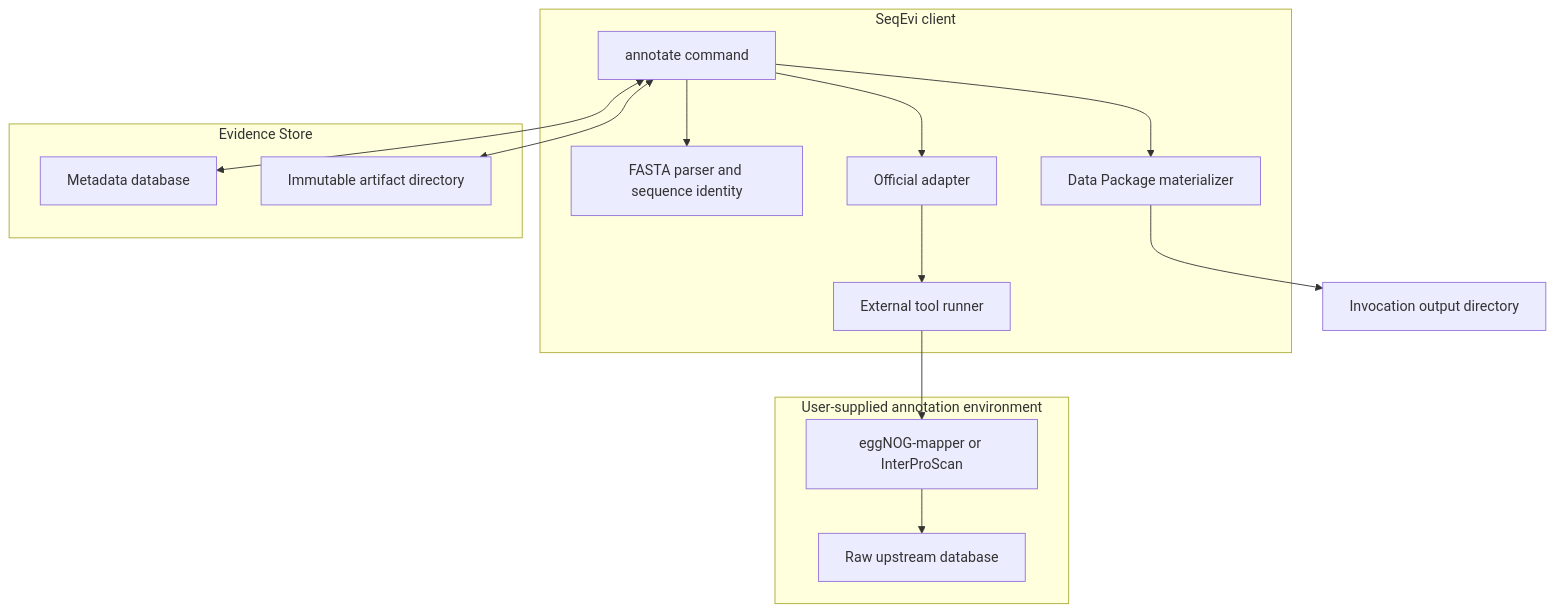
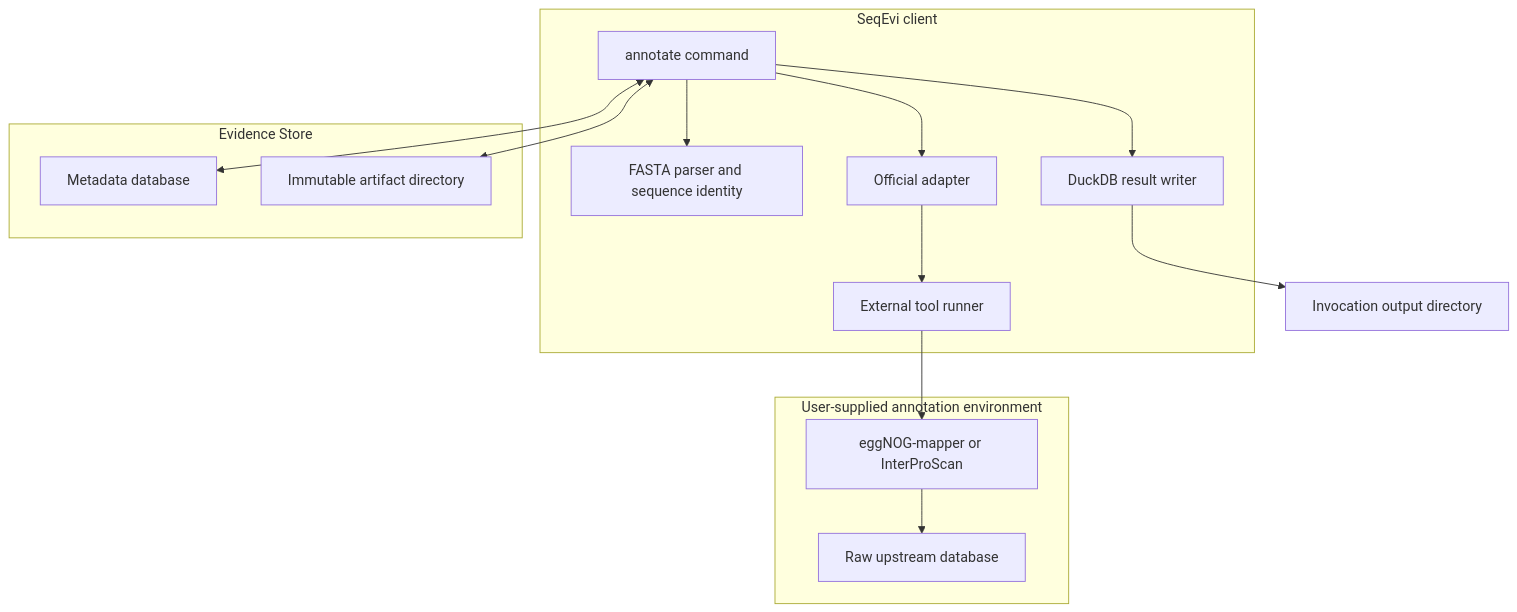
Before and after one commit to FuqingZh/seqevi: the second of 3 diagrams in docs/architecture/20260720-v1.0-seqevi-architecture.md, drawn with Mermaid. The commit also changed other lines of this file and 46 other files, not shown here.

````diff
--- a/docs/architecture/20260720-v1.0-seqevi-architecture.md
+++ b/docs/architecture/20260720-v1.0-seqevi-architecture.md
@@ -71,30 +75,30 @@
 ```mermaid
 flowchart TB
     subgraph Client["SeqEvi client"]
         CLI["annotate command"]
         FASTA["FASTA parser and sequence identity"]
         ADAPTER["Official adapter"]
         RUNNER["External tool runner"]
-        PACKAGE["Data Package materializer"]
+        PACKAGE["DuckDB result writer"]
         CLI --> FASTA
         CLI --> ADAPTER
         ADAPTER --> RUNNER
         CLI --> PACKAGE
     end
 
     subgraph External["User-supplied annotation environment"]
         TOOL["eggNOG-mapper or InterProScan"]
         DB["Raw upstream database"]
         TOOL --> DB
     end
 
     subgraph Store["Evidence Store"]
         META["Metadata database"]
         ART["Immutable artifact directory"]
     end
 
     RUNNER --> TOOL
     CLI <--> META
     CLI <--> ART
     PACKAGE --> OUT["Invocation output directory"]
 ```
````
